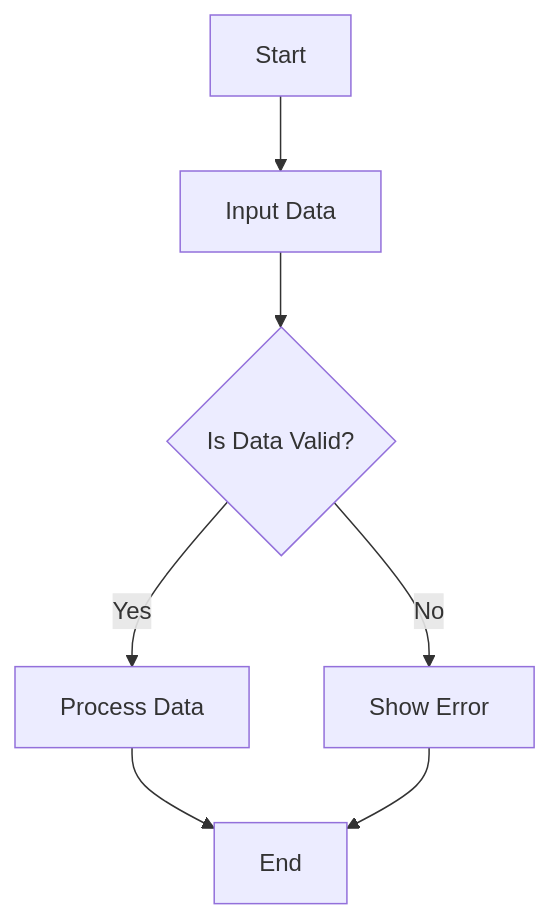
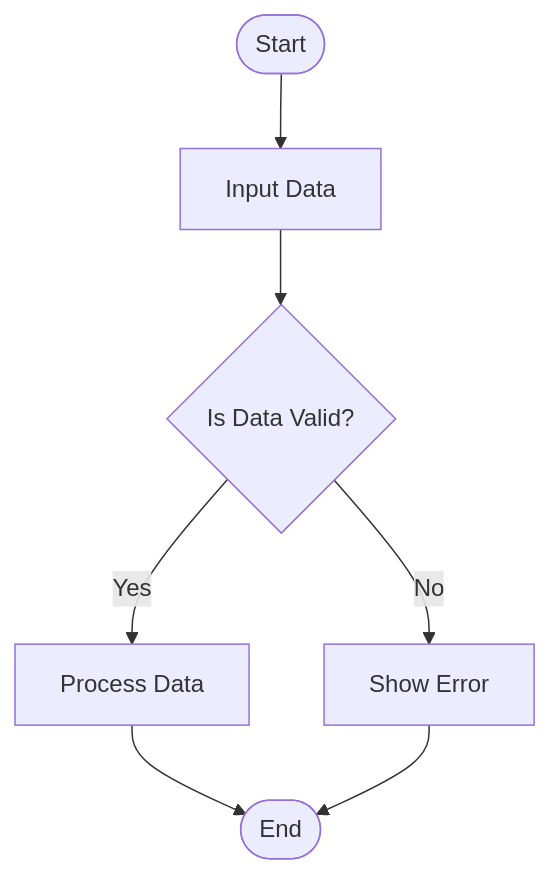
Before and after one commit to VikashChauhan51/system-design: the eighth of 10 diagrams in Low Level System Design/OOPs Fundamentals/Uml Digrams.md, drawn with Mermaid. The commit also changed other lines of this file and 2 other files, not shown here.

````diff
--- a/Low Level System Design/OOPs Fundamentals/Uml Digrams.md
+++ b/Low Level System Design/OOPs Fundamentals/Uml Digrams.md
@@ -75,9 +266,9 @@
 ```mermaid
 flowchart TD
-	A[Start] --> B[Input Data]
+	A([Start]) --> B[Input Data]
 	B --> C{Is Data Valid?}
 	C -- Yes --> D[Process Data]
 	C -- No --> E[Show Error]
-	D --> F[End]
+	D --> F([End])
 	E --> F
 ```
````
